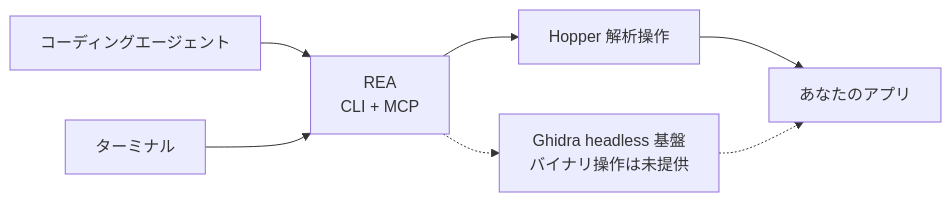
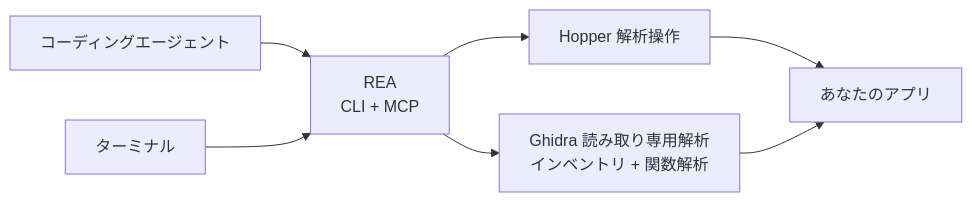
One commit to bryankwandou/rea changed the diagram in README_ja.md. Above: the diagram before and after it, drawn with Mermaid. The commit also changed other lines of this file and 130 other files, not shown here.

````diff
--- a/README_ja.md
+++ b/README_ja.md
@@ -179,9 +179,9 @@
 ```mermaid
 flowchart LR
     Agent["コーディングエージェント"] --> REA["REA<br/>CLI + MCP"]
     Terminal["ターミナル"] --> REA
     REA --> Hopper["Hopper 解析操作"]
     Hopper --> App["あなたのアプリ"]
-    REA -.-> Ghidra["Ghidra headless 基盤<br/>バイナリ操作は未提供"]
-    Ghidra -.-> App
+    REA --> Ghidra["Ghidra 読み取り専用解析<br/>インベントリ + 関数解析"]
+    Ghidra --> App
 ```
````
